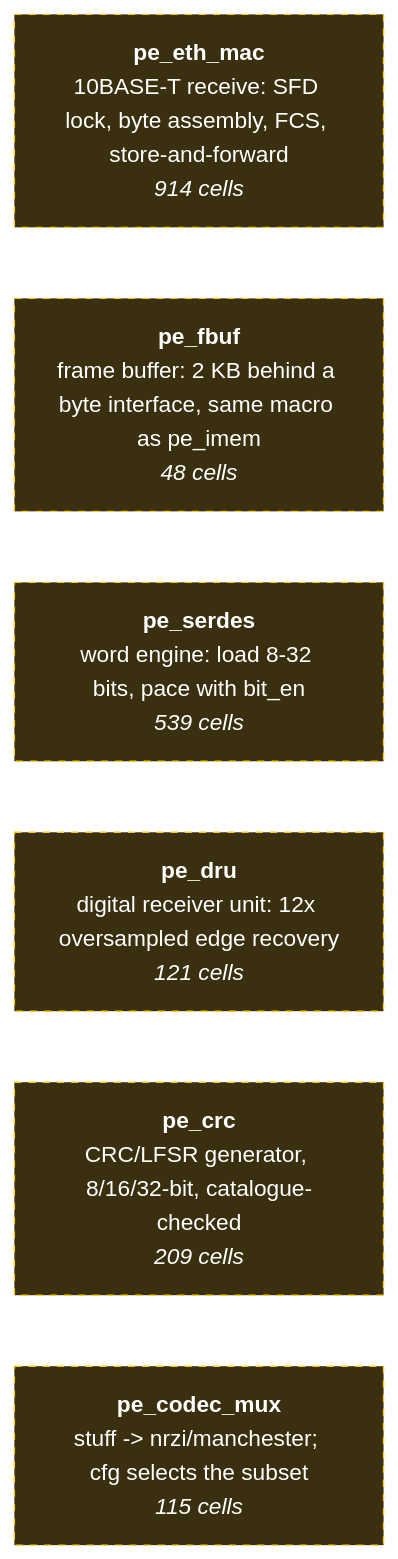
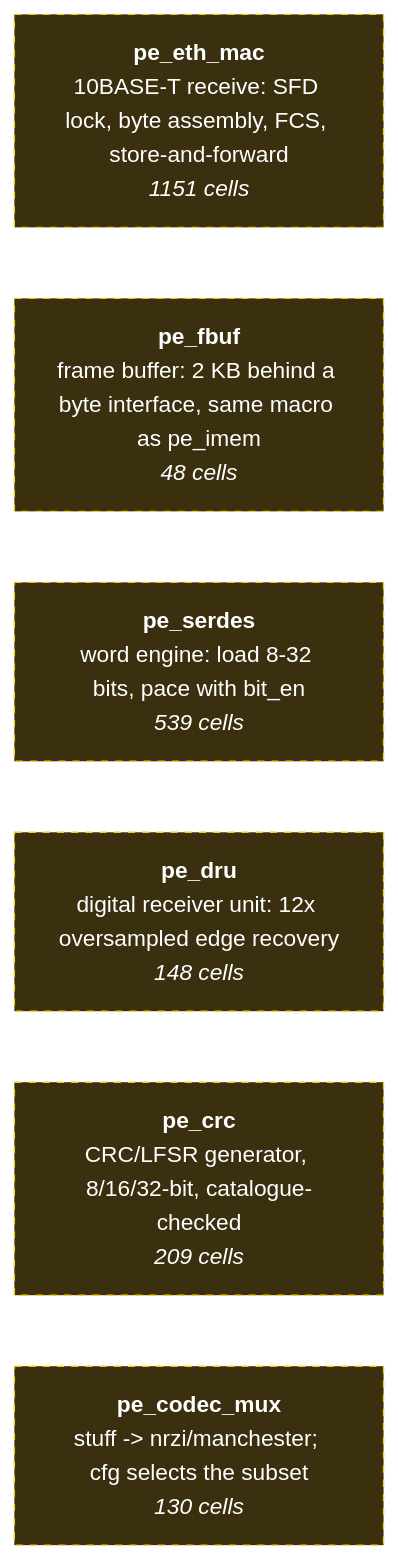
The second of 2 diagrams in wiki/reference/block-diagram.md (smprather/janestreet-blog-serial-protocol-emulator), drawn with Mermaid before and after one commit. The commit also changed other lines of this file and 120 other files, not shown here.

````diff
--- a/wiki/reference/block-diagram.md
+++ b/wiki/reference/block-diagram.md
@@ -65,11 +65,11 @@
 ```mermaid
 flowchart LR
-    pe_eth_mac["<b>pe_eth_mac</b><br/>10BASE-T receive: SFD lock, byte assembly, FCS, store-and-forward<br/><i>914 cells</i>"]
+    pe_eth_mac["<b>pe_eth_mac</b><br/>10BASE-T receive: SFD lock, byte assembly, FCS, store-and-forward<br/><i>1151 cells</i>"]
     pe_fbuf["<b>pe_fbuf</b><br/>frame buffer: 2 KB behind a byte interface, same macro as pe_imem<br/><i>48 cells</i>"]
     pe_serdes["<b>pe_serdes</b><br/>word engine: load 8-32 bits, pace with bit_en<br/><i>539 cells</i>"]
-    pe_dru["<b>pe_dru</b><br/>digital receiver unit: 12x oversampled edge recovery<br/><i>121 cells</i>"]
+    pe_dru["<b>pe_dru</b><br/>digital receiver unit: 12x oversampled edge recovery<br/><i>148 cells</i>"]
     pe_crc["<b>pe_crc</b><br/>CRC/LFSR generator, 8/16/32-bit, catalogue-checked<br/><i>209 cells</i>"]
-    pe_codec_mux["<b>pe_codec_mux</b><br/>stuff -> nrzi/manchester; cfg selects the subset<br/><i>115 cells</i>"]
+    pe_codec_mux["<b>pe_codec_mux</b><br/>stuff -> nrzi/manchester; cfg selects the subset<br/><i>130 cells</i>"]
     classDef orphan fill:#3a2f0f,stroke:#facc15,color:#fff,stroke-dasharray: 5 5
     class pe_eth_mac,pe_fbuf,pe_serdes,pe_dru,pe_crc,pe_codec_mux orphan
 ```
````
